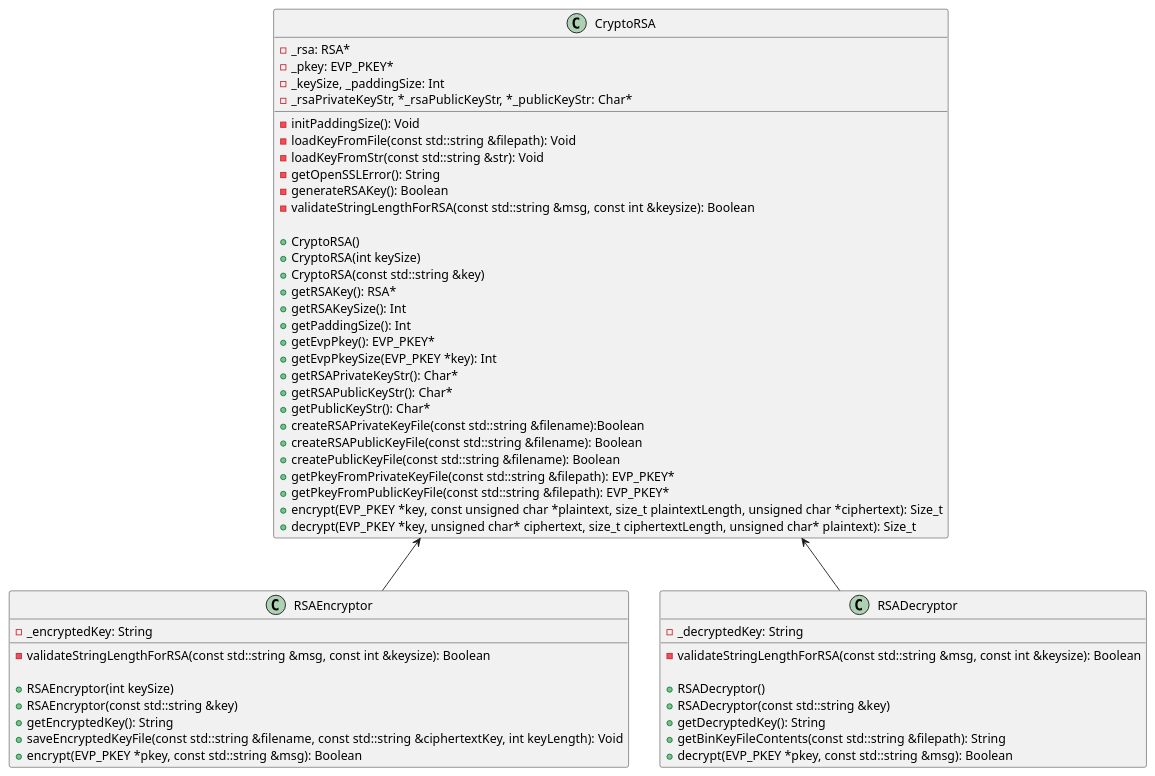
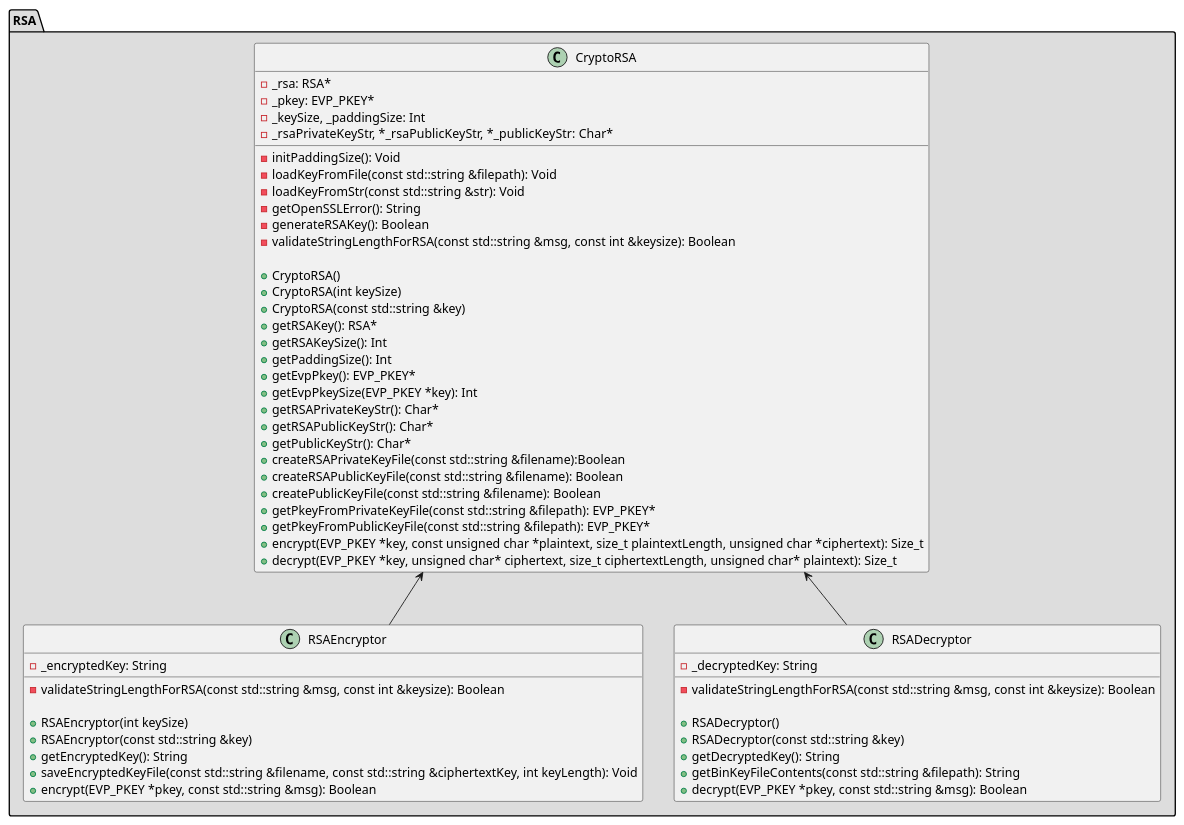
Before and after one commit to bierschi/butterfly: the diagram in architecture/class_diagrams/rsa.puml, drawn with PlantUML. The commit also changed 8 other files, not shown here.

```diff
--- a/architecture/class_diagrams/rsa.puml
+++ b/architecture/class_diagrams/rsa.puml
@@ -1,61 +1,65 @@
 @startuml
 'https://plantuml.com/sequence-diagram
+package RSA #DDDDDD {
+
 class CryptoRSA {
     -_rsa: RSA*
     -_pkey: EVP_PKEY*
     -_keySize, _paddingSize: Int
     -_rsaPrivateKeyStr, *_rsaPublicKeyStr, *_publicKeyStr: Char*
 
     -initPaddingSize(): Void
     -loadKeyFromFile(const std::string &filepath): Void
     -loadKeyFromStr(const std::string &str): Void
     -getOpenSSLError(): String
     -generateRSAKey(): Boolean
     -validateStringLengthForRSA(const std::string &msg, const int &keysize): Boolean
 
     +CryptoRSA()
     +CryptoRSA(int keySize)
     +CryptoRSA(const std::string &key)
     +getRSAKey(): RSA*
     +getRSAKeySize(): Int
     +getPaddingSize(): Int
     +getEvpPkey(): EVP_PKEY*
     +getEvpPkeySize(EVP_PKEY *key): Int
     +getRSAPrivateKeyStr(): Char*
     +getRSAPublicKeyStr(): Char*
     +getPublicKeyStr(): Char*
     +createRSAPrivateKeyFile(const std::string &filename):Boolean
     +createRSAPublicKeyFile(const std::string &filename): Boolean
     +createPublicKeyFile(const std::string &filename): Boolean
     +getPkeyFromPrivateKeyFile(const std::string &filepath): EVP_PKEY*
     +getPkeyFromPublicKeyFile(const std::string &filepath): EVP_PKEY*
     +encrypt(EVP_PKEY *key, const unsigned char *plaintext, size_t plaintextLength, unsigned char *ciphertext): Size_t
     +decrypt(EVP_PKEY *key, unsigned char* ciphertext, size_t ciphertextLength, unsigned char* plaintext): Size_t
 }
 
 class RSAEncryptor {
     -_encryptedKey: String
 
     -validateStringLengthForRSA(const std::string &msg, const int &keysize): Boolean
 
     +RSAEncryptor(int keySize)
     +RSAEncryptor(const std::string &key)
     +getEncryptedKey(): String
     +saveEncryptedKeyFile(const std::string &filename, const std::string &ciphertextKey, int keyLength): Void
     +encrypt(EVP_PKEY *pkey, const std::string &msg): Boolean
 }
 
 class RSADecryptor {
     -_decryptedKey: String
     -validateStringLengthForRSA(const std::string &msg, const int &keysize): Boolean
 
     +RSADecryptor()
     +RSADecryptor(const std::string &key)
     +getDecryptedKey(): String
     +getBinKeyFileContents(const std::string &filepath): String
     +decrypt(EVP_PKEY *pkey, const std::string &msg): Boolean
 }
 
 CryptoRSA <-- RSAEncryptor
 CryptoRSA <-- RSADecryptor
+
+}
 @enduml
```
